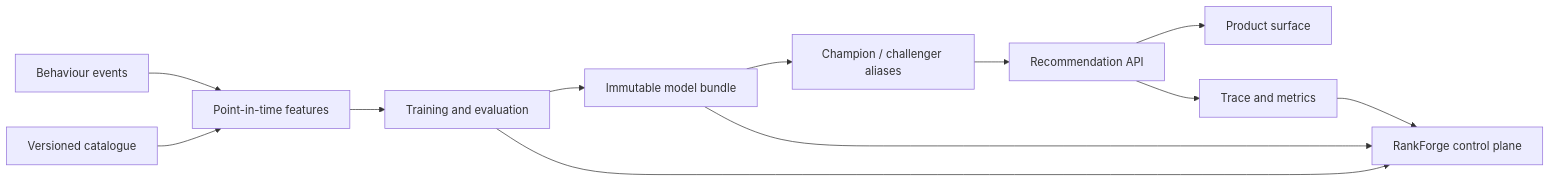
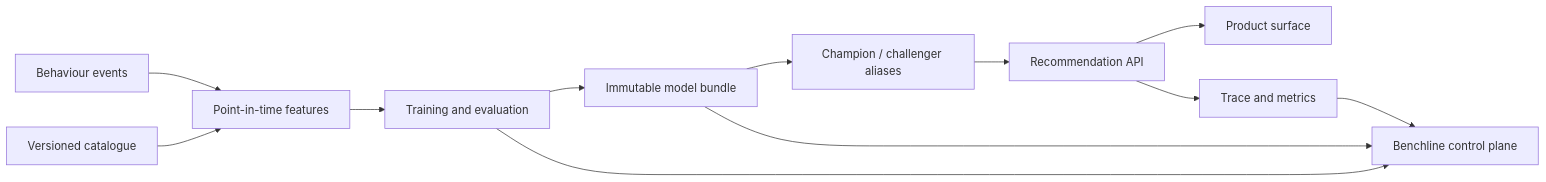
Before and after one commit to pablowilliams/benchline: the diagram in docs/ARCHITECTURE.md, drawn with Mermaid. The commit also changed other lines of this file and 33 other files, not shown here.

````diff
--- a/docs/ARCHITECTURE.md
+++ b/docs/ARCHITECTURE.md
@@ -5,14 +5,14 @@
 ```mermaid
 flowchart LR
   E[Behaviour events] --> F[Point-in-time features]
   C[Versioned catalogue] --> F
   F --> T[Training and evaluation]
   T --> R[Immutable model bundle]
   R --> A[Champion / challenger aliases]
   A --> S[Recommendation API]
   S --> X[Product surface]
   S --> O[Trace and metrics]
-  O --> W[RankForge control plane]
+  O --> W[Benchline control plane]
   T --> W
   R --> W
 ```
````
